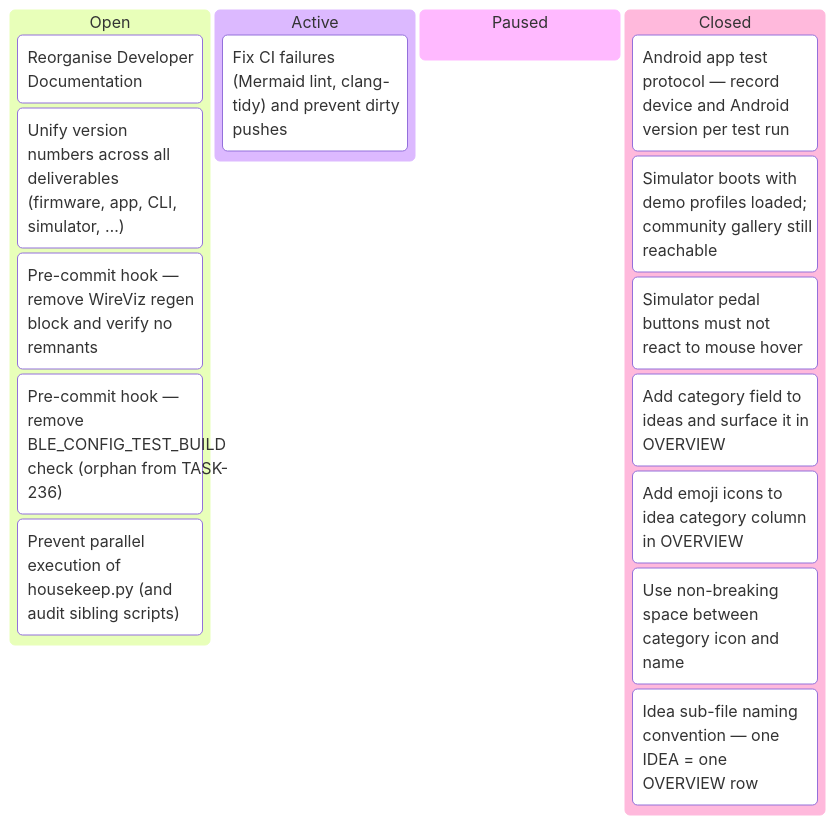
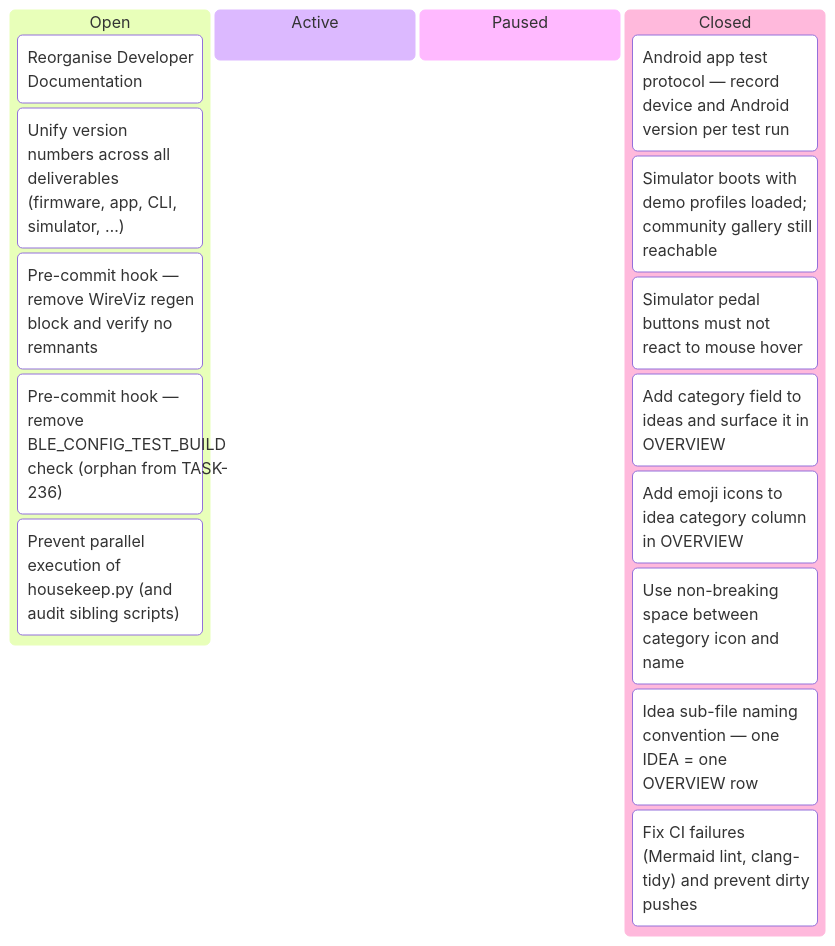
One commit to tgd1975/AwesomeStudioPedal changed the fifth of 5 diagrams in docs/developers/tasks/KANBAN.md. Above: the diagram before and after it, drawn with Mermaid. The commit also changed other lines of this file and 5 other files, not shown here.

Commit message:
close TASK-321: Fix CI failures (Mermaid lint, clang-tidy) and prevent dirty pushes

````diff
--- a/docs/developers/tasks/KANBAN.md
+++ b/docs/developers/tasks/KANBAN.md
@@ -91,20 +73,20 @@
 ```mermaid
 kanban
   Open
     TASK_148["Reorganise Developer Documentation"]
     TASK_260["Unify version numbers across all deliverables (firmware, app, CLI, simulator, …)"]
     TASK_319["Pre-commit hook — remove WireViz regen block and verify no remnants"]
     TASK_320["Pre-commit hook — remove BLE_CONFIG_TEST_BUILD check (orphan from TASK-236)"]
     TASK_328["Prevent parallel execution of housekeep.py (and audit sibling scripts)"]
   Active
-    TASK_321["Fix CI failures (Mermaid lint, clang-tidy) and prevent dirty pushes"]
   Paused
   Closed
     TASK_259["Android app test protocol — record device and Android version per test run"]
     TASK_303["Simulator boots with demo profiles loaded; community gallery still reachable"]
     TASK_304["Simulator pedal buttons must not react to mouse hover"]
     TASK_305["Add category field to ideas and surface it in OVERVIEW"]
     TASK_313["Add emoji icons to idea category column in OVERVIEW"]
     TASK_314["Use non-breaking space between category icon and name"]
     TASK_315["Idea sub-file naming convention — one IDEA = one OVERVIEW row"]
+    TASK_321["Fix CI failures (Mermaid lint, clang-tidy) and prevent dirty pushes"]
 ```
````
